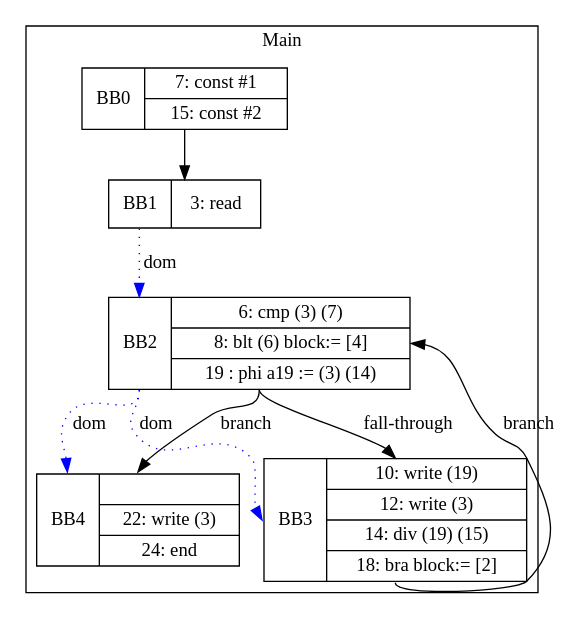
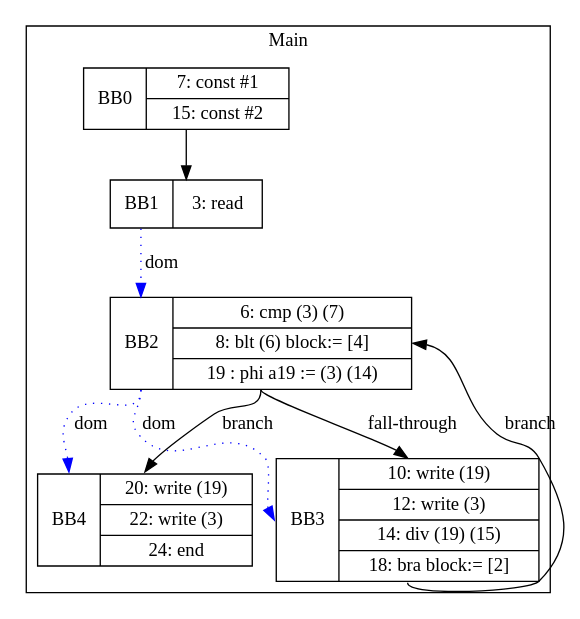
The diagram in visualization/Zezhong/While_ChangeOneOfTwoEqualVars.gv (zjc664656505/UCI-CS241-Advanced-Compiler-main), drawn with Graphviz before and after one commit. The commit also changed 26 other files, not shown here.

```diff
--- a/visualization/Zezhong/While_ChangeOneOfTwoEqualVars.gv
+++ b/visualization/Zezhong/While_ChangeOneOfTwoEqualVars.gv
@@ -1,18 +1,18 @@
 digraph G {
 node [shape=record];
 subgraph cluster_main{
 label = "Main";
 BB0 [shape=record, label="<b>BB0|{7: const #1|15: const #2}"];
 BB1 [shape=record, label="<b>BB1|{3: read}"];
 BB2 [shape=record, label="<b>BB2|{6: cmp (3) (7)|8: blt (6) block:= [4]|19 : phi a19 := (3) (14)}"];
 BB3 [shape=record, label="<b>BB3|{10: write (19)|12: write (3)|14: div (19) (15)|18: bra block:= [2]}"];
-BB4 [shape=record, label="<b>BB4|{|22: write (3)|24: end}"];
+BB4 [shape=record, label="<b>BB4|{20: write (19)|22: write (3)|24: end}"];
 }
 BB0:s -> BB1:n ;
 BB2:b -> BB3:b [color=blue, style=dotted, label="dom"];
 BB2:b -> BB4:b [color=blue, style=dotted, label="dom"];
 BB1:b -> BB2:b [color=blue, style=dotted, label="dom"];
 BB2:s -> BB4:n [label="branch"];
 BB3:s -> BB2:e [label="branch"];
 BB2:s -> BB3:n [label="fall-through"];
 }
```
